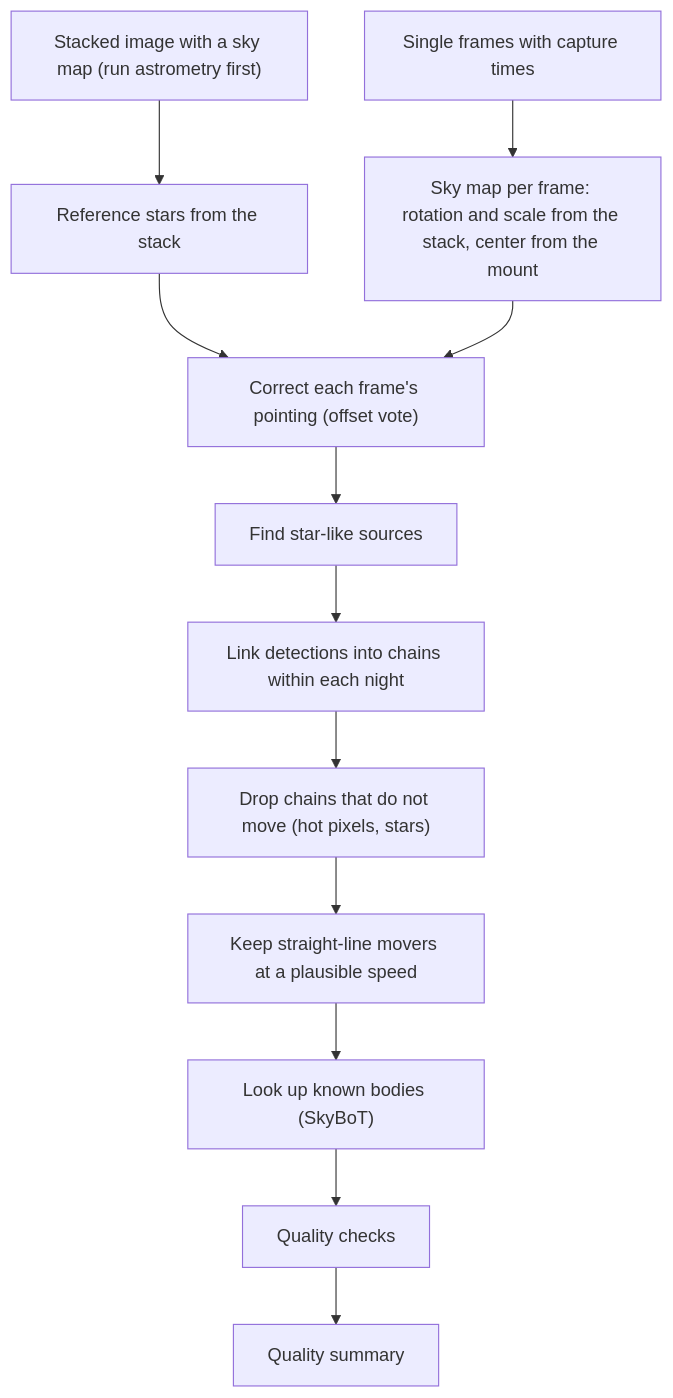
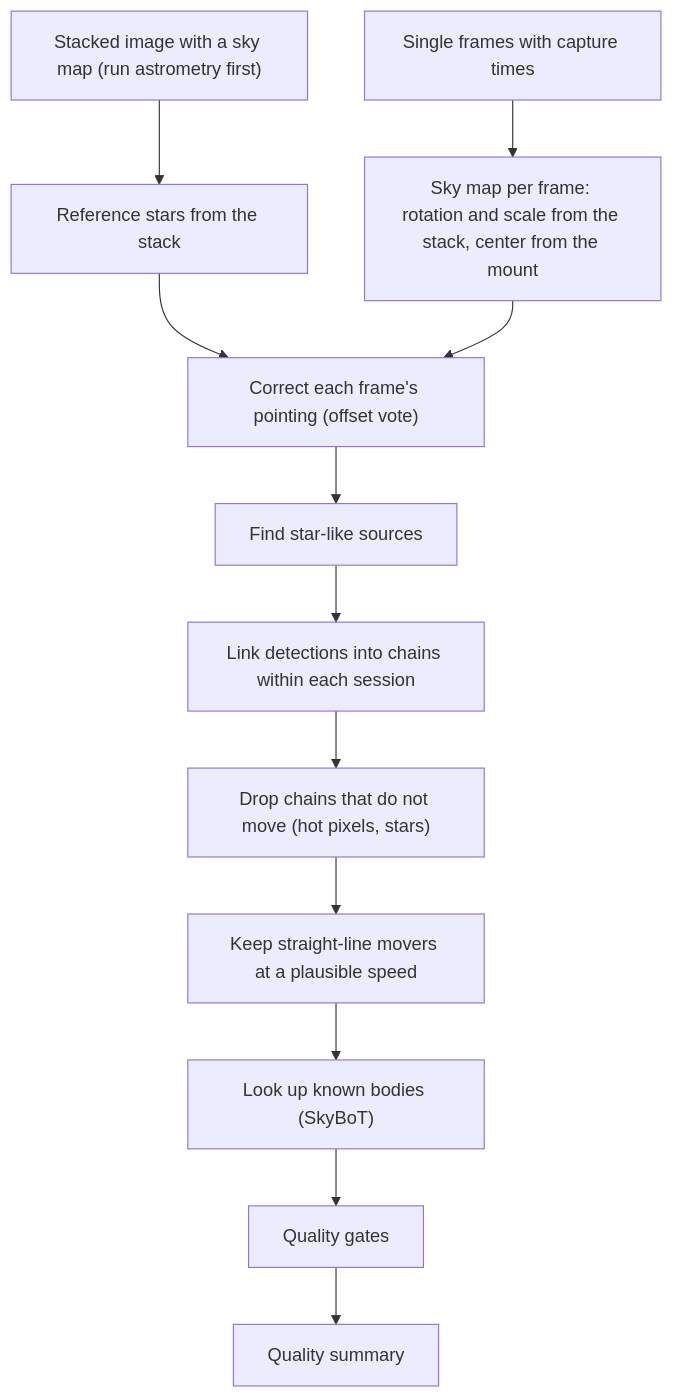
The diagram in documentation/library_design/pipelines/asteroid_detection.md (m1chae2/astrometrics), drawn with Mermaid before and after one commit. The commit also changed other lines of this file and 93 other files, not shown here.

````diff
--- a/documentation/library_design/pipelines/asteroid_detection.md
+++ b/documentation/library_design/pipelines/asteroid_detection.md
@@ -45,15 +25,15 @@
 ```mermaid
 flowchart TD
     A["Stacked image with a sky map (run astrometry first)"] --> B["Reference stars from the stack"]
     D["Sky map per frame: rotation and scale from the stack, center from the mount"]
     C["Single frames with capture times"] --> D
     B --> E["Correct each frame's pointing (offset vote)"]
     D --> E
     E --> F["Find star-like sources"]
-    F --> G["Link detections into chains within each night"]
+    F --> G["Link detections into chains within each session"]
     G --> H["Drop chains that do not move (hot pixels, stars)"]
     H --> I["Keep straight-line movers at a plausible speed"]
     I --> J["Look up known bodies (SkyBoT)"]
-    J --> K["Quality checks"]
+    J --> K["Quality gates"]
     K --> L["Quality summary"]
 ```
````
